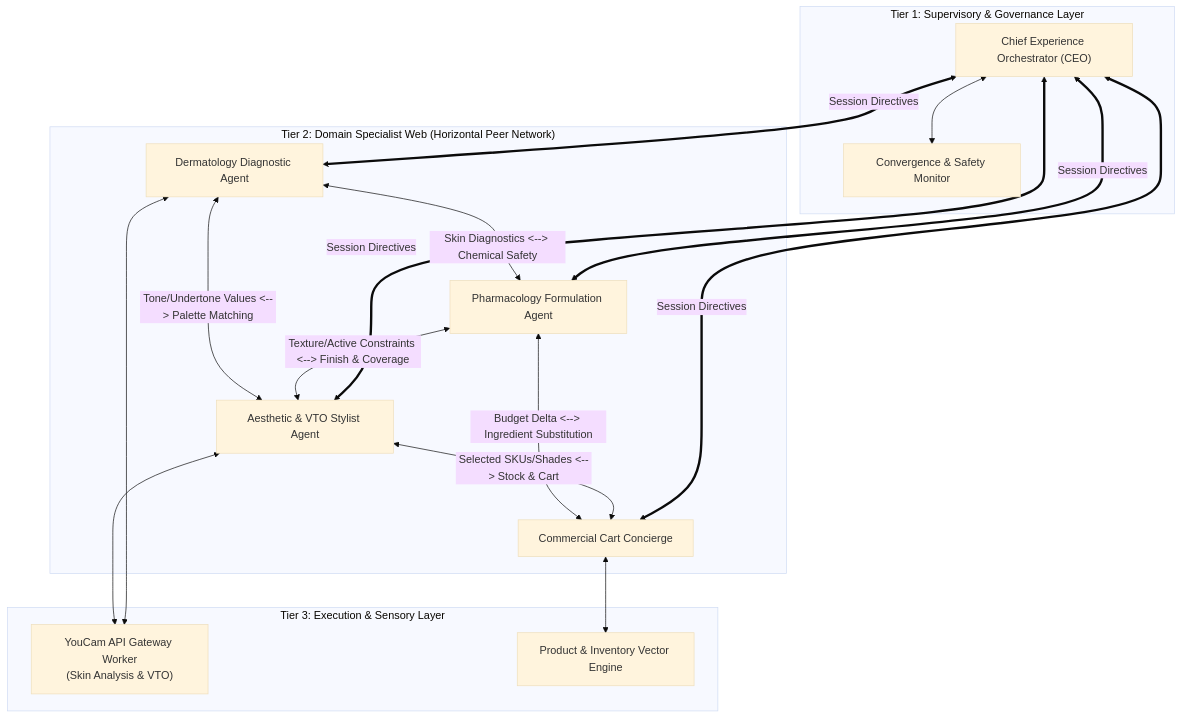
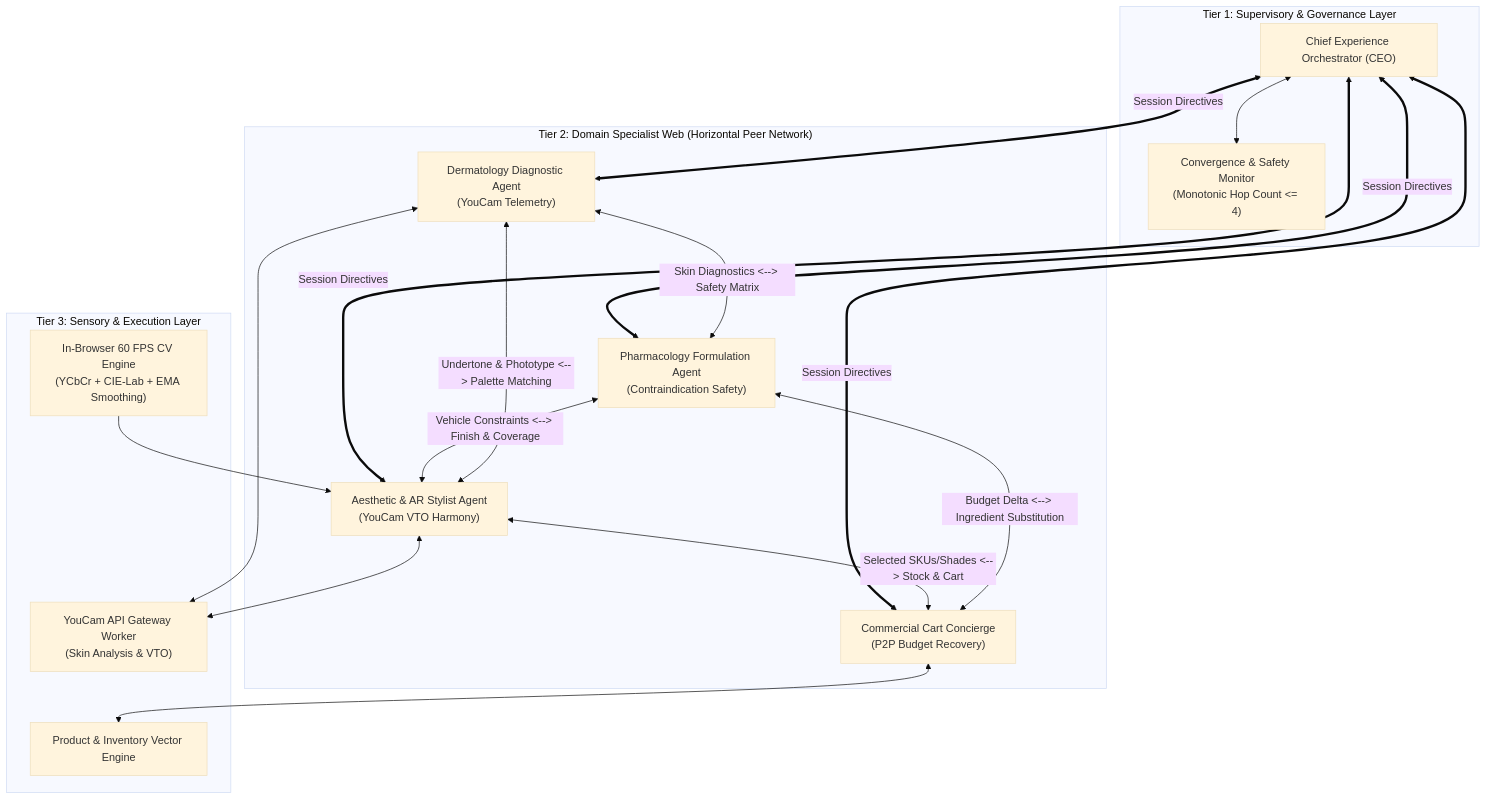
One commit to yuvanshankarm007/AuraMesh changed the diagram in README.md. Above: the diagram before and after it, drawn with Mermaid (base theme). The commit also changed other lines of this file and 2 other files, not shown here.

Commit message:
feat(showcase): implement clinical heatmap scanner, 30-day chronoskin recovery simulator, prescription card export, and competitive benchmark documentation

````diff
--- a/README.md
+++ b/README.md
@@ -20,38 +52,40 @@
 ```mermaid
 flowchart TD
     subgraph TIER1["Tier 1: Supervisory & Governance Layer"]
         CEO["Chief Experience Orchestrator (CEO)"]
-        AUDITOR["Convergence & Safety Monitor"]
+        AUDITOR["Convergence & Safety Monitor<br/>(Monotonic Hop Count <= 4)"]
     end
 
     subgraph TIER2["Tier 2: Domain Specialist Web (Horizontal Peer Network)"]
-        DERMA["Dermatology Diagnostic Agent"]
-        FORMULA["Pharmacology Formulation Agent"]
-        STYLIST["Aesthetic & VTO Stylist Agent"]
-        COMMERCE["Commercial Cart Concierge"]
+        DERMA["Dermatology Diagnostic Agent<br/>(YouCam Telemetry)"]
+        FORMULA["Pharmacology Formulation Agent<br/>(Contraindication Safety)"]
+        STYLIST["Aesthetic & AR Stylist Agent<br/>(YouCam VTO Harmony)"]
+        COMMERCE["Commercial Cart Concierge<br/>(P2P Budget Recovery)"]
     end
 
-    subgraph TIER3["Tier 3: Execution & Sensory Layer"]
+    subgraph TIER3["Tier 3: Sensory & Execution Layer"]
         YOUCAM_BRIDGE["YouCam API Gateway Worker<br/>(Skin Analysis & VTO)"]
+        CV_ENGINE["In-Browser 60 FPS CV Engine<br/>(YCbCr + CIE-Lab + EMA Smoothing)"]
         CATALOG_RAG["Product & Inventory Vector Engine"]
     end
 
-    %% Vertical Hierarchical Controls
+    %% Supervisory Controls
     CEO <--> AUDITOR
     CEO <== Session Directives ==> DERMA
     CEO <== Session Directives ==> FORMULA
     CEO <== Session Directives ==> STYLIST
     CEO <== Session Directives ==> COMMERCE
 
     %% Horizontal Peer-to-Peer Bidirectional Links
-    DERMA <-->|"Skin Diagnostics <--> Chemical Safety"| FORMULA
-    FORMULA <-->|"Texture/Active Constraints <--> Finish & Coverage"| STYLIST
+    DERMA <-->|"Skin Diagnostics <--> Safety Matrix"| FORMULA
+    FORMULA <-->|"Vehicle Constraints <--> Finish & Coverage"| STYLIST
     STYLIST <-->|"Selected SKUs/Shades <--> Stock & Cart"| COMMERCE
     COMMERCE <-->|"Budget Delta <--> Ingredient Substitution"| FORMULA
-    DERMA <-->|"Tone/Undertone Values <--> Palette Matching"| STYLIST
+    DERMA <-->|"Undertone & Phototype <--> Palette Matching"| STYLIST
 
-    %% Vertical Worker Dispatch
+    %% Execution Bindings
     DERMA <--> YOUCAM_BRIDGE
     STYLIST <--> YOUCAM_BRIDGE
+    CV_ENGINE --> STYLIST
     COMMERCE <--> CATALOG_RAG
 ```
````
